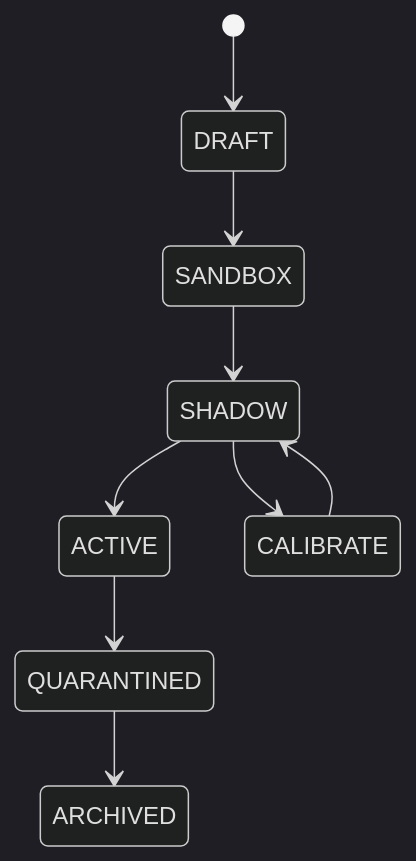
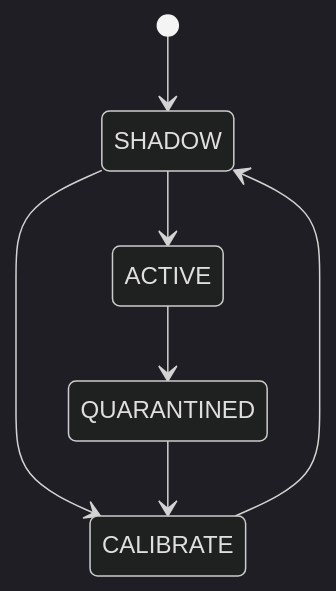
Before and after one commit to Okan-wqm/aquaculture_platform: diagram 11 of 30 in docs/aria/ARCHITECTURE.md, drawn with Mermaid (dark theme). The commit also changed 22 other files, not shown here.

````diff
--- a/docs/aria/ARCHITECTURE.md
+++ b/docs/aria/ARCHITECTURE.md
@@ -656,11 +656,9 @@
 ```mermaid
 stateDiagram-v2
-  [*] --> DRAFT
-  DRAFT --> SANDBOX
-  SANDBOX --> SHADOW
+  [*] --> SHADOW
   SHADOW --> ACTIVE
   SHADOW --> CALIBRATE
   ACTIVE --> QUARANTINED
   CALIBRATE --> SHADOW
-  QUARANTINED --> ARCHIVED
+  QUARANTINED --> CALIBRATE
 ```
````
